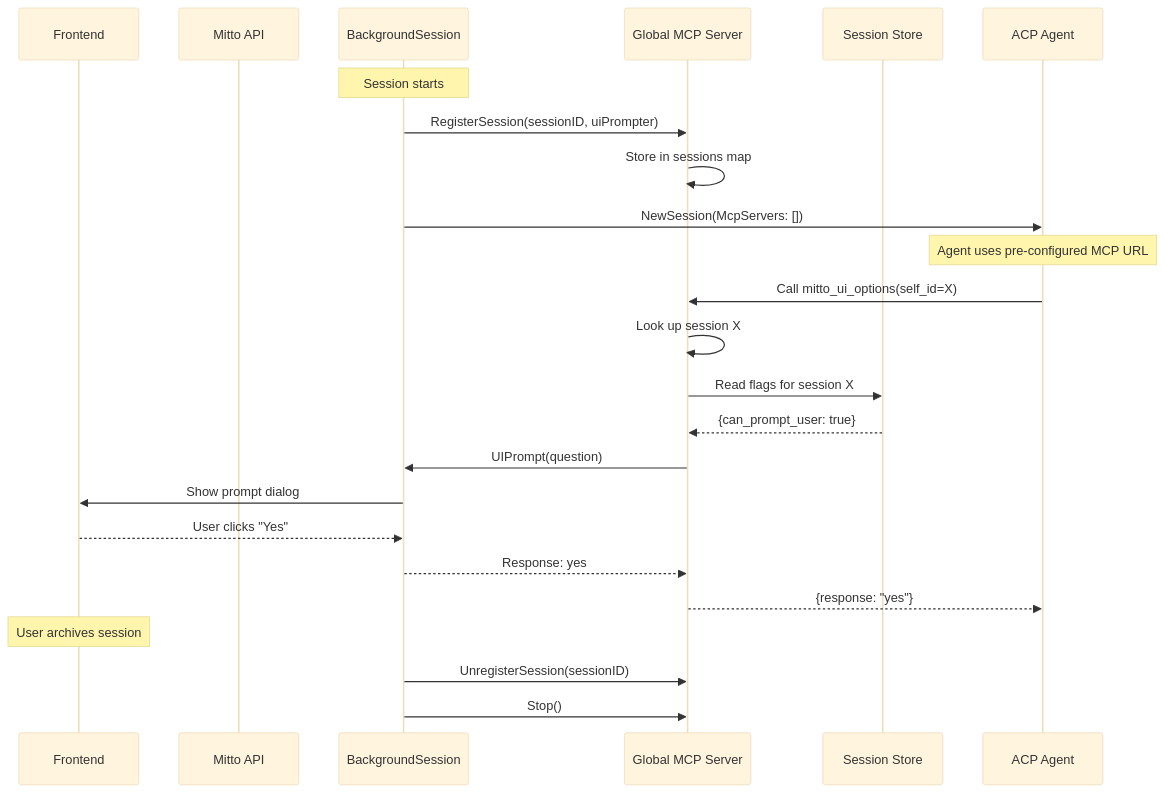
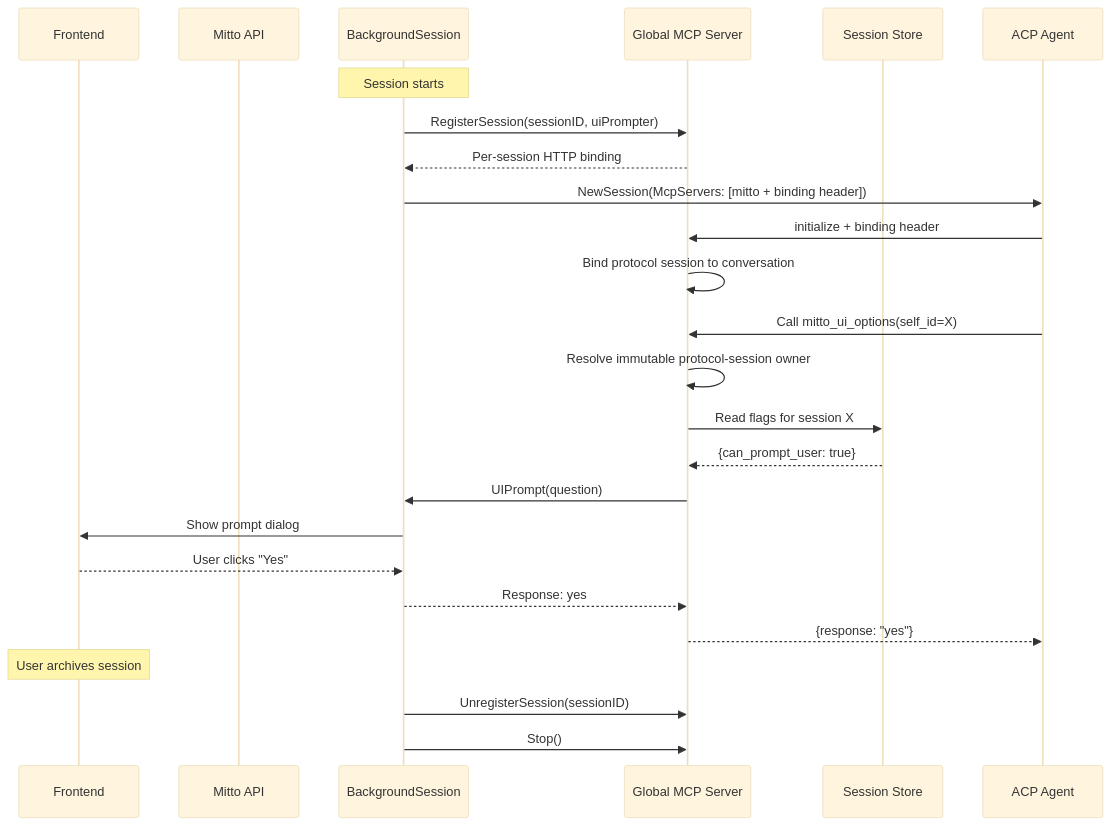
The sixth of 7 diagrams in docs/devel/mcp.md (inercia/mitto), drawn with Mermaid (base theme) before and after one commit. The commit also changed other lines of this file and 1510 other files, not shown here.

````diff
--- a/docs/devel/mcp.md
+++ b/docs/devel/mcp.md
@@ -1118,29 +1194,30 @@
 ```mermaid
 sequenceDiagram
     participant FE as Frontend
     participant API as Mitto API
     participant BS as BackgroundSession
     participant MCP as Global MCP Server
     participant Store as Session Store
     participant ACP as ACP Agent
 
     Note over BS: Session starts
     BS->>MCP: RegisterSession(sessionID, uiPrompter)
-    MCP->>MCP: Store in sessions map
-    BS->>ACP: NewSession(McpServers: [])
-    Note over ACP: Agent uses pre-configured MCP URL
+    MCP-->>BS: Per-session HTTP binding
+    BS->>ACP: NewSession(McpServers: [mitto + binding header])
+    ACP->>MCP: initialize + binding header
+    MCP->>MCP: Bind protocol session to conversation
 
     ACP->>MCP: Call mitto_ui_options(self_id=X)
-    MCP->>MCP: Look up session X
+    MCP->>MCP: Resolve immutable protocol-session owner
     MCP->>Store: Read flags for session X
     Store-->>MCP: {can_prompt_user: true}
     MCP->>BS: UIPrompt(question)
     BS->>FE: Show prompt dialog
     FE-->>BS: User clicks "Yes"
     BS-->>MCP: Response: yes
     MCP-->>ACP: {response: "yes"}
 
     Note over FE: User archives session
     BS->>MCP: UnregisterSession(sessionID)
     BS->>MCP: Stop()
 ```
````
